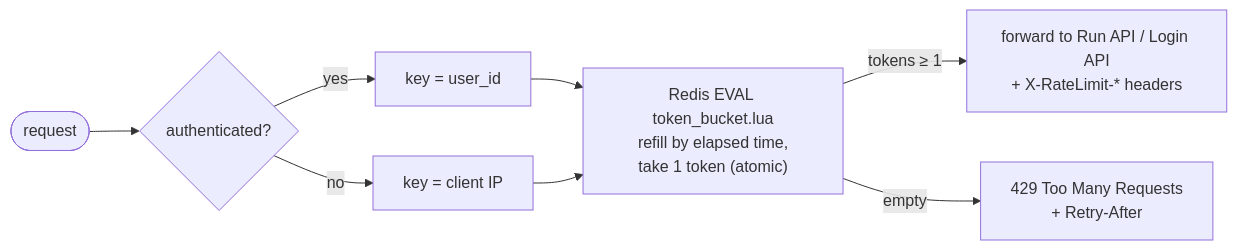
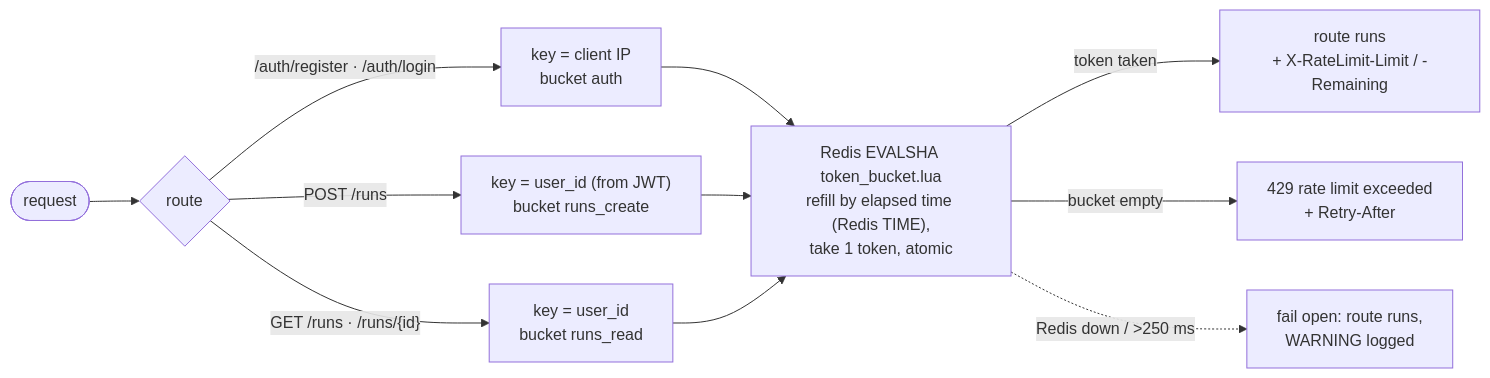
One commit to Anirudh1905/async-agentic-workflows changed the diagram in docs/phases/phase-6-rate-limiting.md. Above: the diagram before and after it, drawn with Mermaid. The commit also changed other lines of this file and 35 other files, not shown here.

````diff
--- a/docs/phases/phase-6-rate-limiting.md
+++ b/docs/phases/phase-6-rate-limiting.md
@@ -5,9 +5,11 @@
 ```mermaid
 flowchart LR
-    REQ([request]) --> KEY{"authenticated?"}
-    KEY -- yes --> K1[key = user_id]
-    KEY -- no --> K2[key = client IP]
-    K1 & K2 --> LUA["Redis EVAL token_bucket.lua<br/>refill by elapsed time,<br/>take 1 token (atomic)"]
-    LUA -- "tokens ≥ 1" --> OK[forward to Run API / Login API<br/>+ X-RateLimit-* headers]
-    LUA -- empty --> NO[429 Too Many Requests<br/>+ Retry-After]
+    REQ([request]) --> WHICH{route}
+    WHICH -- "/auth/register · /auth/login" --> KIP["key = client IP<br/>bucket auth"]
+    WHICH -- "POST /runs" --> KU1["key = user_id (from JWT)<br/>bucket runs_create"]
+    WHICH -- "GET /runs · /runs/{id}" --> KU2["key = user_id<br/>bucket runs_read"]
+    KIP & KU1 & KU2 --> LUA["Redis EVALSHA token_bucket.lua<br/>refill by elapsed time (Redis TIME),<br/>take 1 token, atomic"]
+    LUA -- "token taken" --> OK["route runs<br/>+ X-RateLimit-Limit / -Remaining"]
+    LUA -- "bucket empty" --> NO["429 rate limit exceeded<br/>+ Retry-After"]
+    LUA -. "Redis down / >250 ms" .-> OPEN["fail open: route runs,<br/>WARNING logged"]
 ```
````
